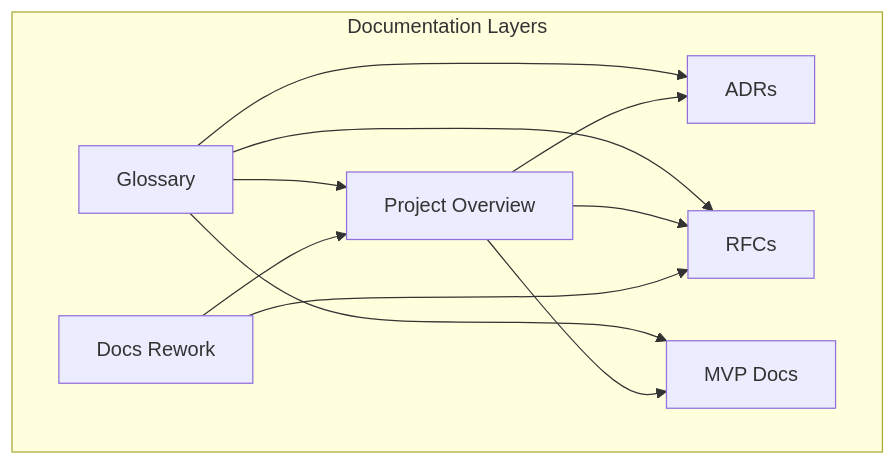
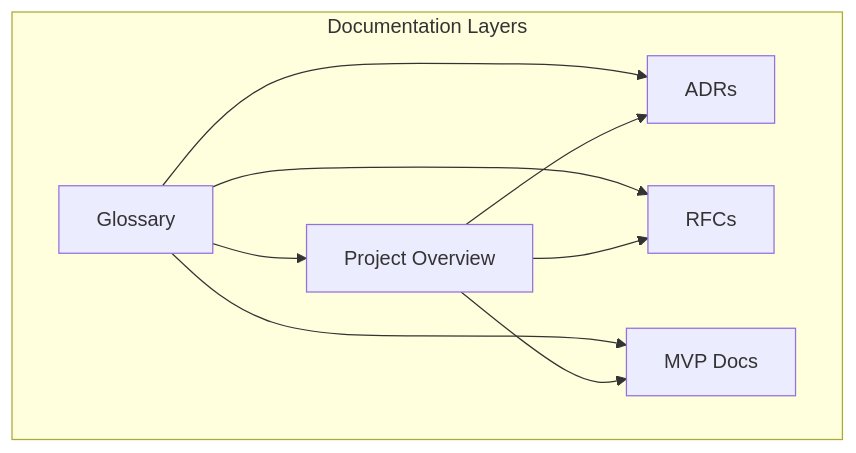
The first of 8 diagrams in .qoder/repowiki/en/content/Project Overview/Glossary.md (asukhodko/timeskein), drawn with Mermaid before and after one commit. The commit also changed other lines of this file and 6 other files, not shown here.

First line of the commit message:
docs(adr): add ADR-0003 Evidence-Mode Opt-in architecture decision

````diff
--- a/.qoder/repowiki/en/content/Project Overview/Glossary.md
+++ b/.qoder/repowiki/en/content/Project Overview/Glossary.md
@@ -43,20 +49,17 @@
 ```mermaid
 graph TB
 subgraph "Documentation Layers"
 G["Glossary"]
 O["Project Overview"]
-D["Docs Rework"]
 ADR["ADRs"]
 RFC["RFCs"]
 MVP["MVP Docs"]
 end
 G --> O
 G --> ADR
 G --> RFC
 G --> MVP
 O --> ADR
 O --> RFC
 O --> MVP
-D --> O
-D --> RFC
 ```
````
